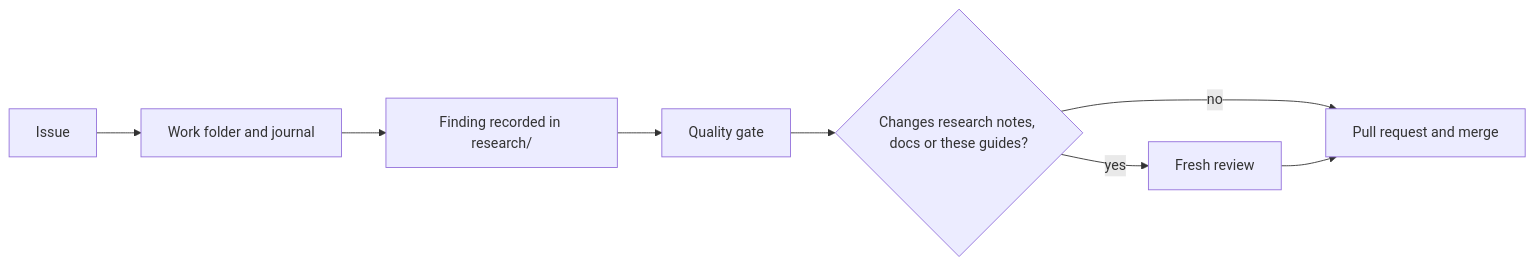
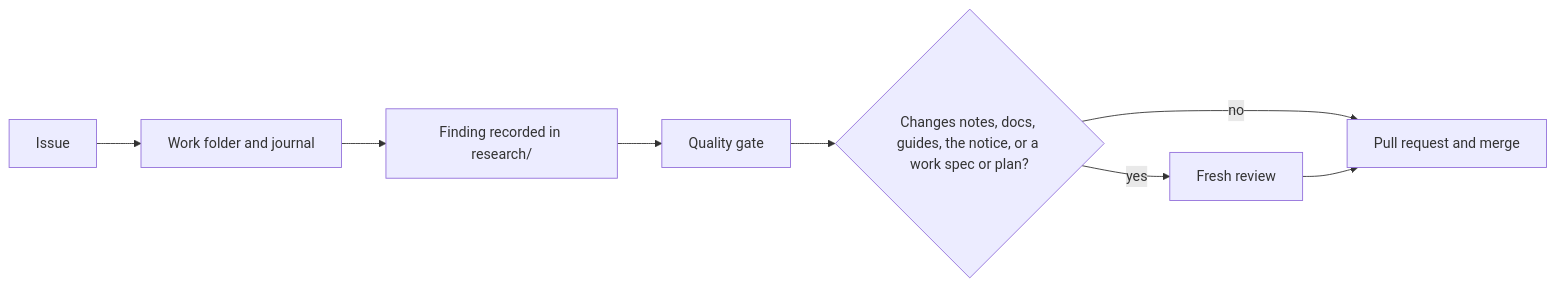
One commit to neilsh/stunt-reel changed the diagram in site/guides/process.md. Above: the diagram before and after it, drawn with Mermaid. The commit also changed 3 other files, not shown here.

````diff
--- a/site/guides/process.md
+++ b/site/guides/process.md
@@ -10,10 +10,10 @@
 ```mermaid
 flowchart LR
     A["Issue"] --> B["Work folder and journal"]
     B --> C["Finding recorded in research/"]
     C --> D["Quality gate"]
-    D --> E{"Changes research notes, docs or these guides?"}
+    D --> E{"Changes notes, docs, guides, the notice, or a work spec or plan?"}
     E -->|"yes"| F["Fresh review"]
     E -->|"no"| G["Pull request and merge"]
     F --> G
 ```
````
